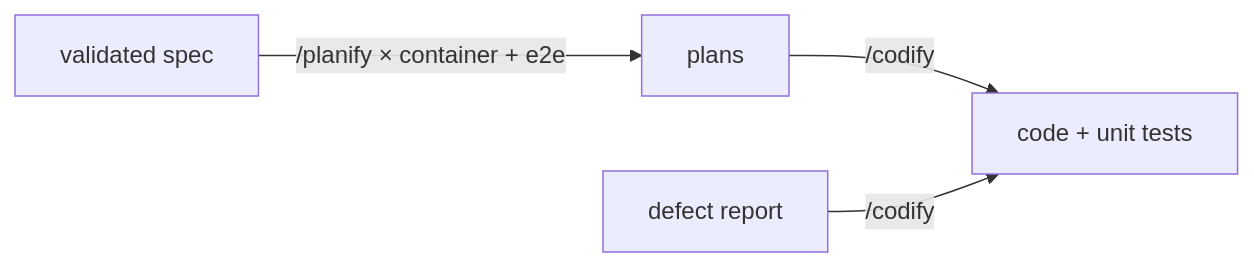
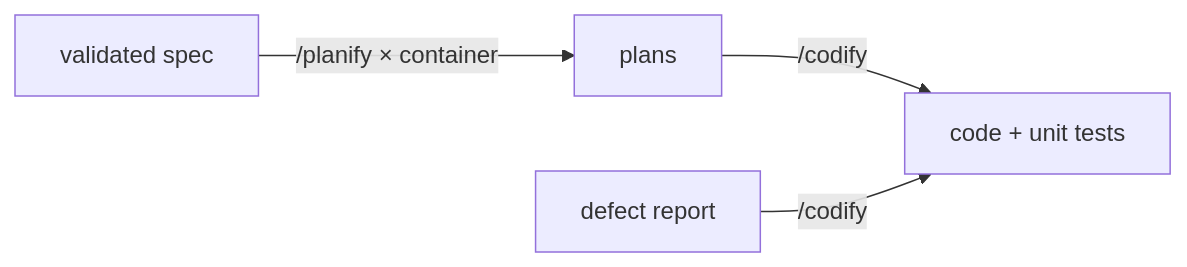
The third of 4 diagrams in docs/AIDD.workflow.md (AIDDbot/AIDDbot), drawn with Mermaid before and after one commit. The commit also changed other lines of this file and 3 other files, not shown here.

````diff
--- a/docs/AIDD.workflow.md
+++ b/docs/AIDD.workflow.md
@@ -78,6 +78,6 @@
 ```mermaid
 flowchart LR
-  SPEC[validated spec] -->|/planify × container + e2e| PLAN[plans]
+  SPEC[validated spec] -->|/planify × container| PLAN[plans]
   PLAN -->|/codify| CODE[code + unit tests]
   RPT[defect report] -->|/codify| CODE
 ```
````
